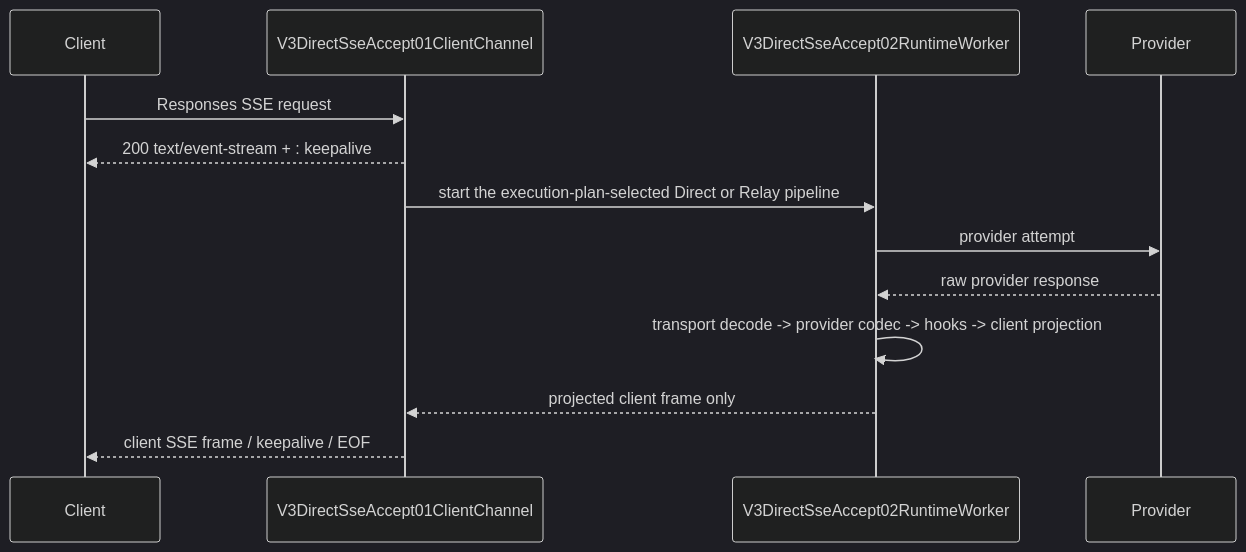
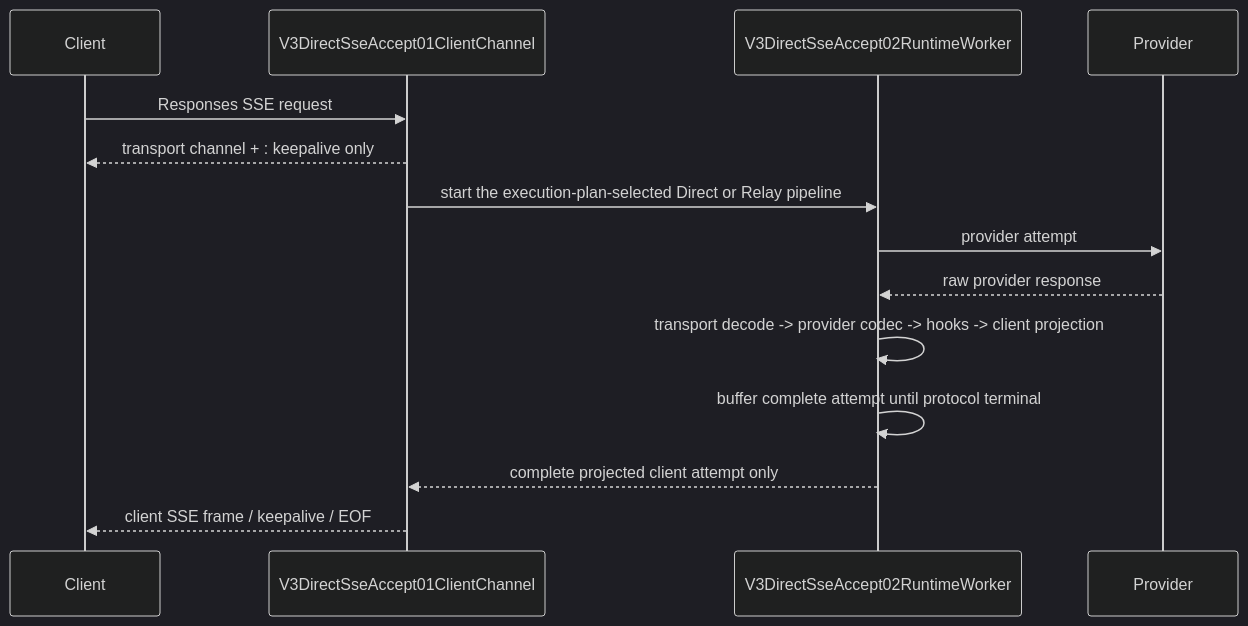
One commit to Jasonzhangf/routecodex changed the diagram in docs/architecture/wiki/v3-direct-sse-accept-skeleton.md. Above: the diagram before and after it, drawn with Mermaid (dark theme). The commit also changed other lines of this file and 21 other files, not shown here.

````diff
--- a/docs/architecture/wiki/v3-direct-sse-accept-skeleton.md
+++ b/docs/architecture/wiki/v3-direct-sse-accept-skeleton.md
@@ -8,16 +8,17 @@
 ```mermaid
 sequenceDiagram
   participant C as Client
   participant A as V3DirectSseAccept01ClientChannel
   participant W as V3DirectSseAccept02RuntimeWorker
   participant P as Provider
 
   C->>A: Responses SSE request
-  A-->>C: 200 text/event-stream + : keepalive
+  A-->>C: transport channel + : keepalive only
   A->>W: start the execution-plan-selected Direct or Relay pipeline
   W->>P: provider attempt
   P-->>W: raw provider response
   W->>W: transport decode -> provider codec -> hooks -> client projection
-  W-->>A: projected client frame only
+  W->>W: buffer complete attempt until protocol terminal
+  W-->>A: complete projected client attempt only
   A-->>C: client SSE frame / keepalive / EOF
 ```
````
